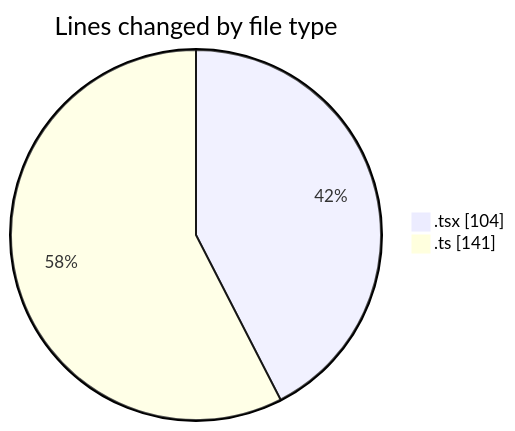
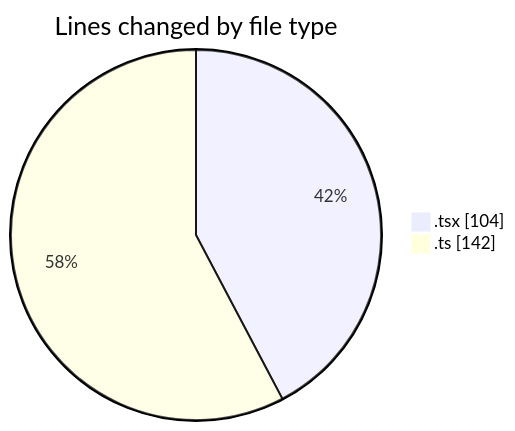
The first of 2 diagrams in 2026-07-22/cda/README.md (momahboobian/code-tracking), drawn with Mermaid before and after one commit. The commit also changed other lines of this file and 1 other file, not shown here.

````diff
--- a/2026-07-22/cda/README.md
+++ b/2026-07-22/cda/README.md
@@ -23,6 +23,6 @@
 ```mermaid
 pie showData
 title Lines changed by file type
 ".tsx" : 104
-".ts" : 141
+".ts" : 142
 ```
````
